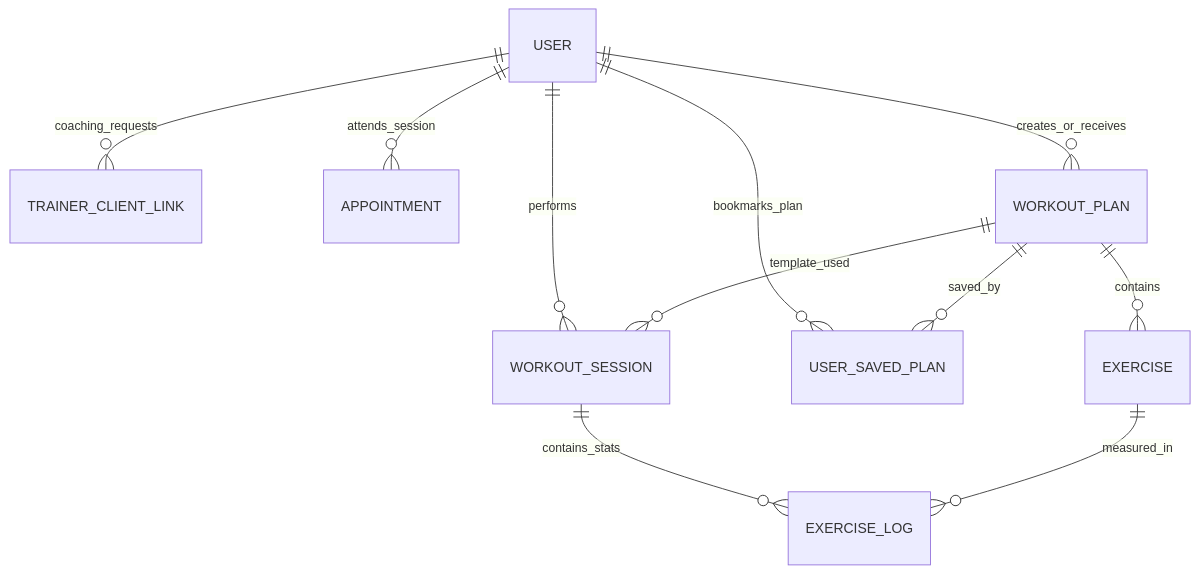
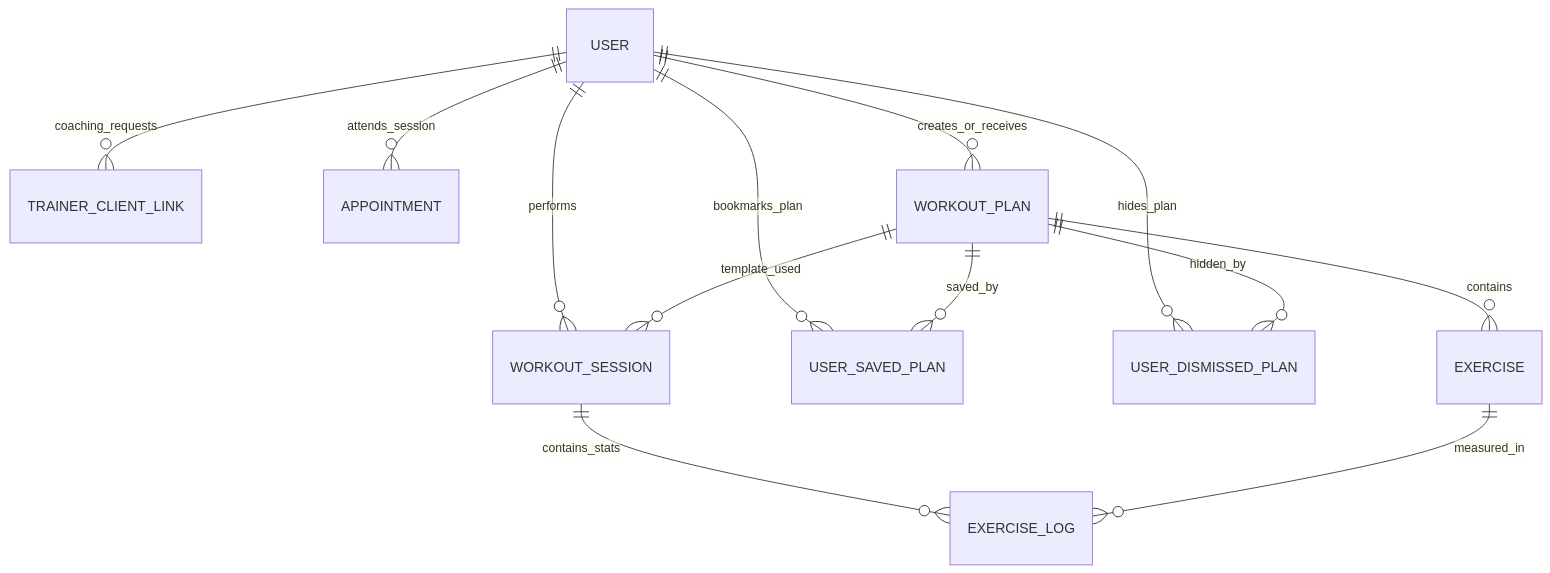
The third of 3 diagrams in SCHEMAS.md (dusannd/fitpass-clone-backend), drawn with Mermaid before and after one commit. The commit also changed other lines of this file and 1 other file, not shown here.

First line of the commit message:
docs(core): document the v4.2 schema and link it from the README

````diff
--- a/SCHEMAS.md
+++ b/SCHEMAS.md
@@ -83,13 +86,15 @@
 ```mermaid
 erDiagram
     USER ||--o{ TRAINER_CLIENT_LINK : coaching_requests
     USER ||--o{ APPOINTMENT : attends_session
     USER ||--o{ WORKOUT_PLAN : creates_or_receives
     WORKOUT_PLAN ||--o{ EXERCISE : contains
     USER ||--o{ USER_SAVED_PLAN : bookmarks_plan
     WORKOUT_PLAN ||--o{ USER_SAVED_PLAN : saved_by
+    USER ||--o{ USER_DISMISSED_PLAN : hides_plan
+    WORKOUT_PLAN ||--o{ USER_DISMISSED_PLAN : hidden_by
     USER ||--o{ WORKOUT_SESSION : performs
     WORKOUT_PLAN ||--o{ WORKOUT_SESSION : template_used
     WORKOUT_SESSION ||--o{ EXERCISE_LOG : contains_stats
     EXERCISE ||--o{ EXERCISE_LOG : measured_in
 ```
````
